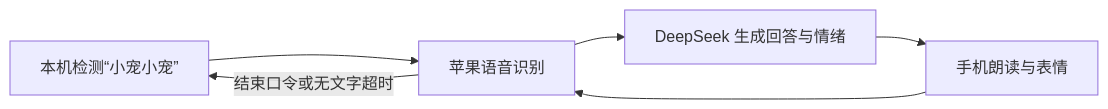
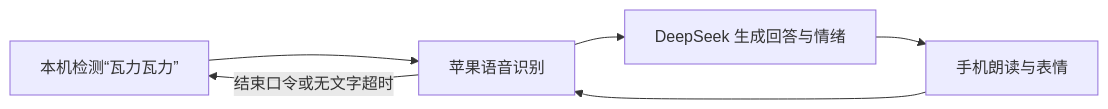
Before and after one commit to Pandas886/deskpet-ios: the diagram in README.md, drawn with Mermaid. The commit also changed other lines of this file and 20 other files, not shown here.

````diff
--- a/README.md
+++ b/README.md
@@ -41,8 +41,8 @@
 ```mermaid
 flowchart LR
-    A[本机检测“小宠小宠”] --> B[苹果语音识别]
+    A[本机检测“瓦力瓦力”] --> B[苹果语音识别]
     B --> C[DeepSeek 生成回答与情绪]
     C --> D[手机朗读与表情]
     D --> B
     B -->|结束口令或无文字超时| A
 ```
````
